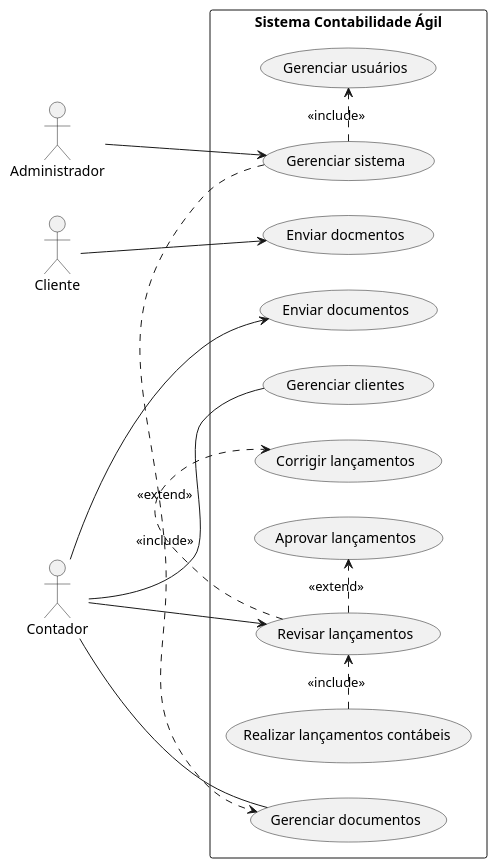
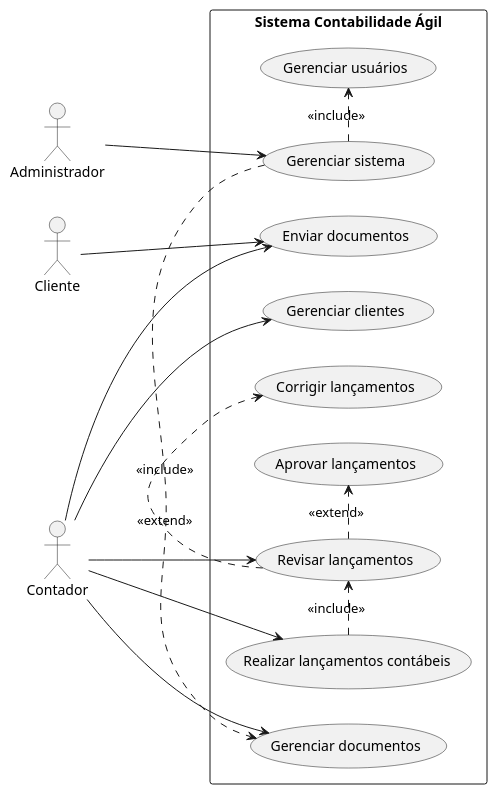
One commit to Engenharia-de-Software-Fatec/eng-softII-2026 changed the diagram in docs/diagramas/caso-de-uso.puml. Above: the diagram before and after it, drawn with PlantUML.

```diff
--- a/docs/diagramas/caso-de-uso.puml
+++ b/docs/diagramas/caso-de-uso.puml
@@ -1,31 +1,30 @@
 @startuml
 left to right direction
 
 actor Administrador
 actor Cliente
 actor Contador
 
-
 rectangle "Sistema Contabilidade Ágil" {
 
   Administrador --> (Gerenciar sistema)
 
-  Cliente --> (Enviar docmentos)
+  Cliente --> (Enviar documentos)
 
   Contador --> (Enviar documentos)
+  Contador --> (Realizar lançamentos contábeis)
   Contador --> (Revisar lançamentos)
-  Contador -- (Gerenciar clientes)
-  Contador -- (Gerenciar documentos)
-
+  Contador --> (Gerenciar clientes)
+  Contador --> (Gerenciar documentos)
 
   (Revisar lançamentos) .> (Aprovar lançamentos) : <<extend>>
   (Revisar lançamentos) .> (Corrigir lançamentos) : <<extend>>
 
   (Realizar lançamentos contábeis) .> (Revisar lançamentos) : <<include>>
 
   (Gerenciar sistema) .> (Gerenciar usuários) : <<include>>
   (Gerenciar sistema) .> (Gerenciar documentos) : <<include>>
 
 }
 
 @enduml
```
